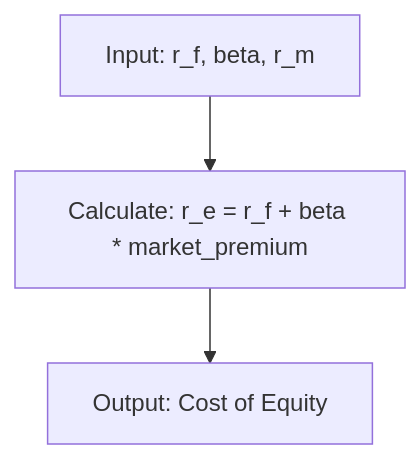
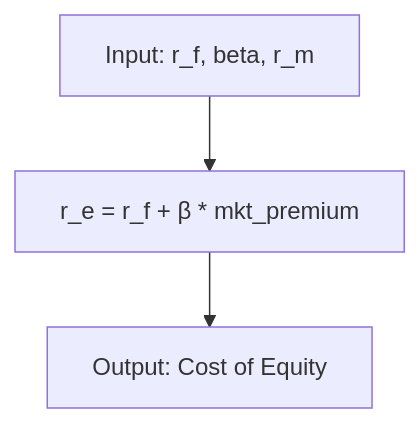
One commit to wahidyankf/open-sharia-enterprise changed the diagram in governance/conventions/formatting/mathematical-notation.md. Above: the diagram before and after it, drawn with Mermaid. The commit also changed 15 other files, not shown here.

First line of the commit message:
fix(governance): fix pre-existing mermaid diagram violations in governance docs

````diff
--- a/governance/conventions/formatting/mathematical-notation.md
+++ b/governance/conventions/formatting/mathematical-notation.md
@@ -294,5 +294,5 @@
 ```mermaid
 graph TD
- A[Input: r_f, beta, r_m] --> B[Calculate: r_e = r_f + beta * market_premium]
+ A[Input: r_f, beta, r_m] --> B[r_e = r_f + β * mkt_premium]
  B --> C[Output: Cost of Equity]
 ```
````
